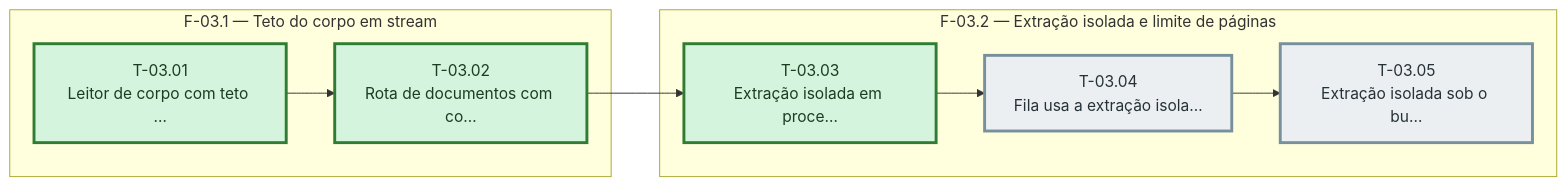
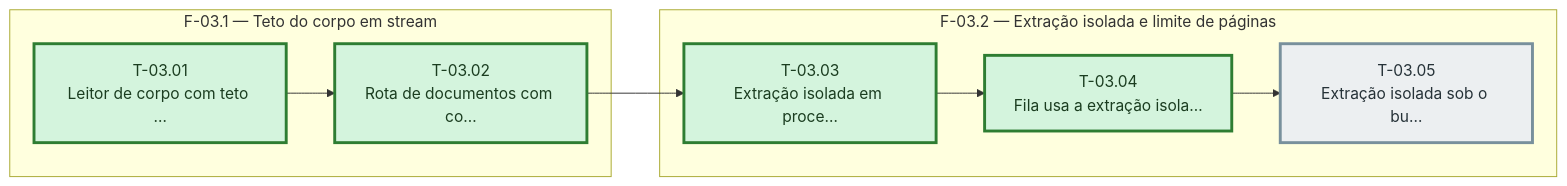
Before and after one commit to bittencourtthulio/converse-chatbot: the diagram in docs/robustez-de-midia-e-operacao/sprint-03/fases.md, drawn with Mermaid. The commit also changed 6 other files, not shown here.

````diff
--- a/docs/robustez-de-midia-e-operacao/sprint-03/fases.md
+++ b/docs/robustez-de-midia-e-operacao/sprint-03/fases.md
@@ -31,29 +31,30 @@
 ```mermaid
 %% Grafo de tasks — sprint-03 — gerado pela sprintx a partir de tasks.md
 flowchart LR
   subgraph fase_03_1["F-03.1 — Teto do corpo em stream"]
     T_03_01["T-03.01<br/>Leitor de corpo com teto …"]
     T_03_02["T-03.02<br/>Rota de documentos com co…"]
   end
   subgraph fase_03_2["F-03.2 — Extração isolada e limite de páginas"]
     T_03_03["T-03.03<br/>Extração isolada em proce…"]
     T_03_04["T-03.04<br/>Fila usa a extração isola…"]
     T_03_05["T-03.05<br/>Extração isolada sob o bu…"]
   end
   T_03_01 --> T_03_02
   T_03_02 --> T_03_03
   T_03_03 --> T_03_04
   T_03_04 --> T_03_05
 
   classDef concluida fill:#d4f4dd,stroke:#2e7d32,color:#1b3d20
   classDef andamento fill:#fff3cd,stroke:#b8860b,color:#4a3800
   classDef bloqueada fill:#f8d7da,stroke:#c62828,color:#4a1d1f
   classDef pendente  fill:#eceff1,stroke:#78909c,color:#263238
   classDef critico   stroke-width:3px
 
-  class T_03_04,T_03_05 pendente
+  class T_03_05 pendente
   class T_03_01 concluida
   class T_03_02 concluida
   class T_03_03 concluida
+  class T_03_04 concluida
   class T_03_01,T_03_02,T_03_03,T_03_04,T_03_05 critico
 ```
````
